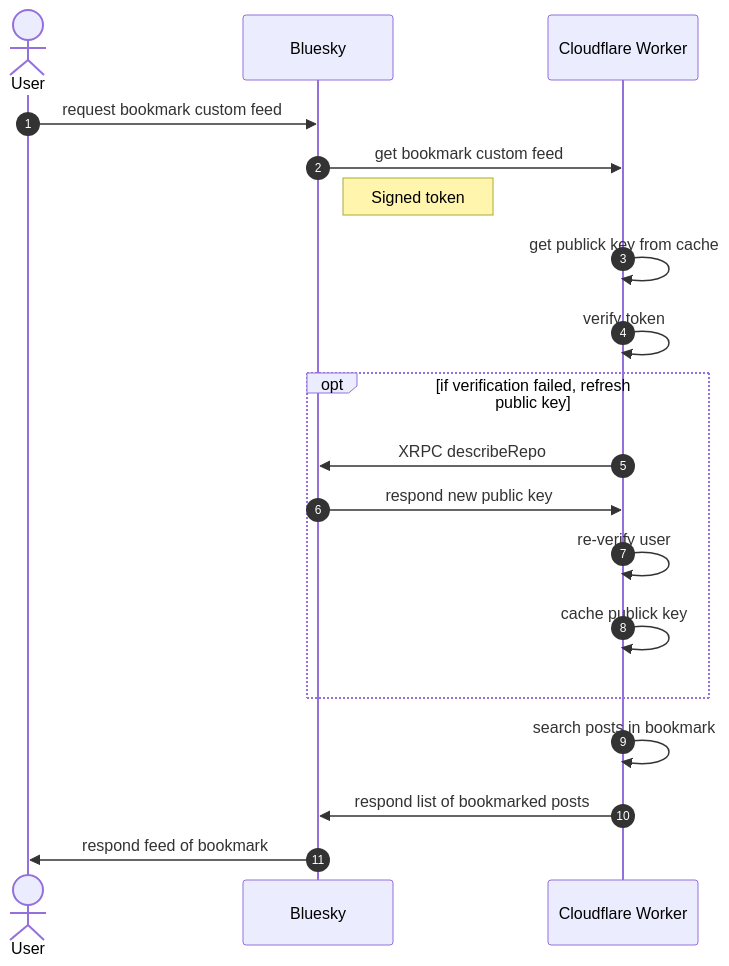
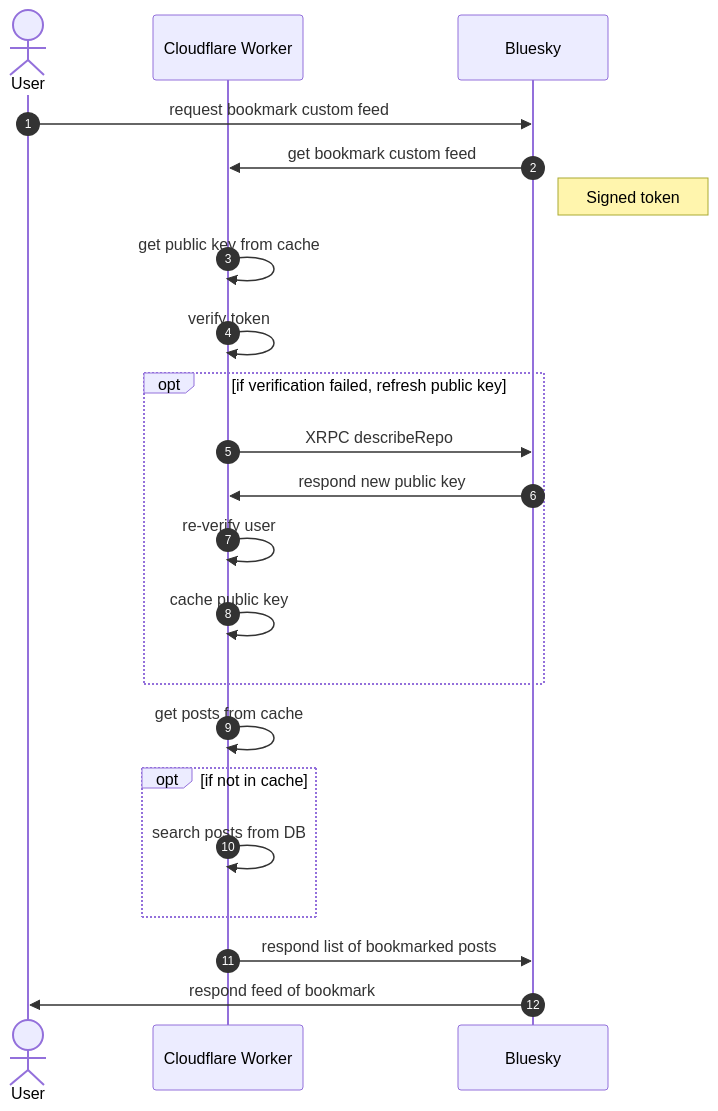
The fourth of 4 diagrams in README.md (mzyy94/bluebookmark), drawn with Mermaid before and after one commit. The commit also changed other lines of this file, not shown here.

Commit message:
Update diagram

````diff
--- a/README.md
+++ b/README.md
@@ -248,21 +247,24 @@
 ```mermaid
 sequenceDiagram
     autonumber
     actor User
+    participant Cloudflare as Cloudflare Worker
     participant Bluesky
-    participant Cloudflare as Cloudflare Worker
     User->>Bluesky: request bookmark custom feed
     Bluesky->>Cloudflare: get bookmark custom feed
     Note right of Bluesky: Signed token
-    Cloudflare->>Cloudflare: get publick key from cache
+    Cloudflare->>Cloudflare: get public key from cache
     Cloudflare->>Cloudflare: verify token
     opt if verification failed, refresh public key
         Cloudflare->>Bluesky: XRPC describeRepo
         Bluesky->>Cloudflare: respond new public key
         Cloudflare->>Cloudflare: re-verify user
-        Cloudflare->>Cloudflare: cache publick key
+        Cloudflare->>Cloudflare: cache public key
     end
-    Cloudflare->>Cloudflare: search posts in bookmark
+    Cloudflare->>Cloudflare: get posts from cache
+    opt if not in cache
+      Cloudflare->>Cloudflare: search posts from DB
+    end
     Cloudflare->>Bluesky: respond list of bookmarked posts
     Bluesky->>User: respond feed of bookmark
 ```
````
